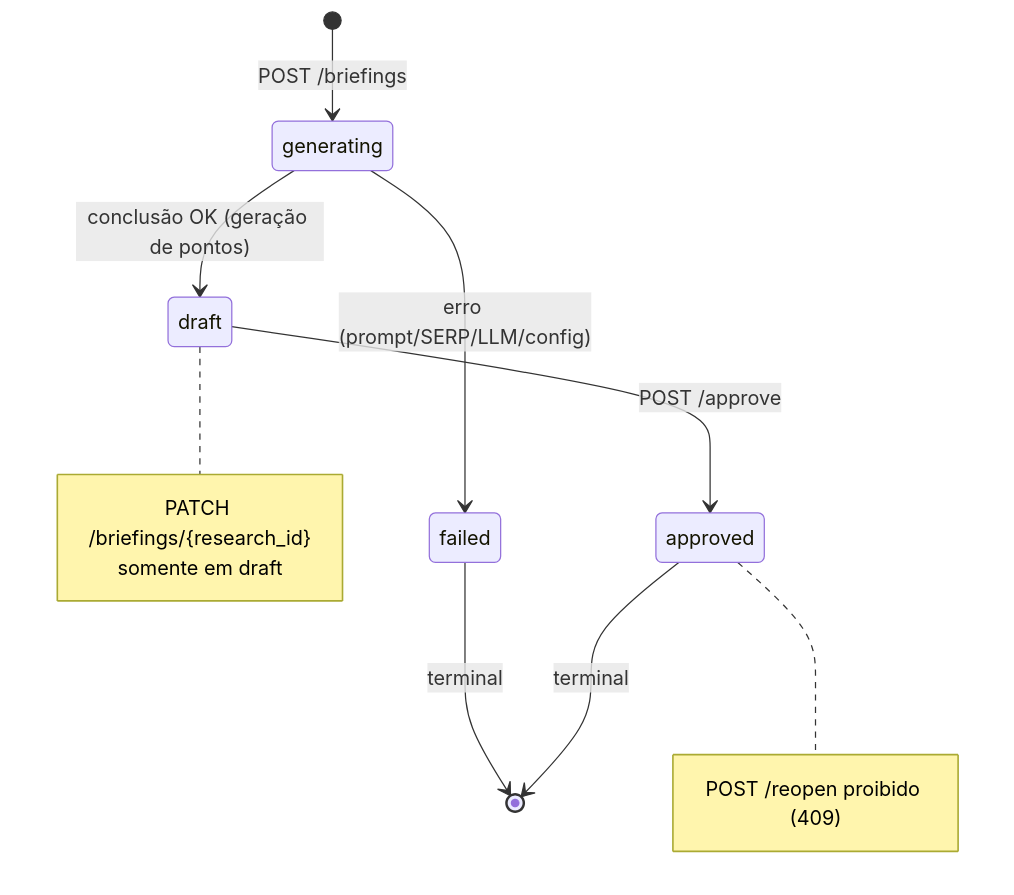
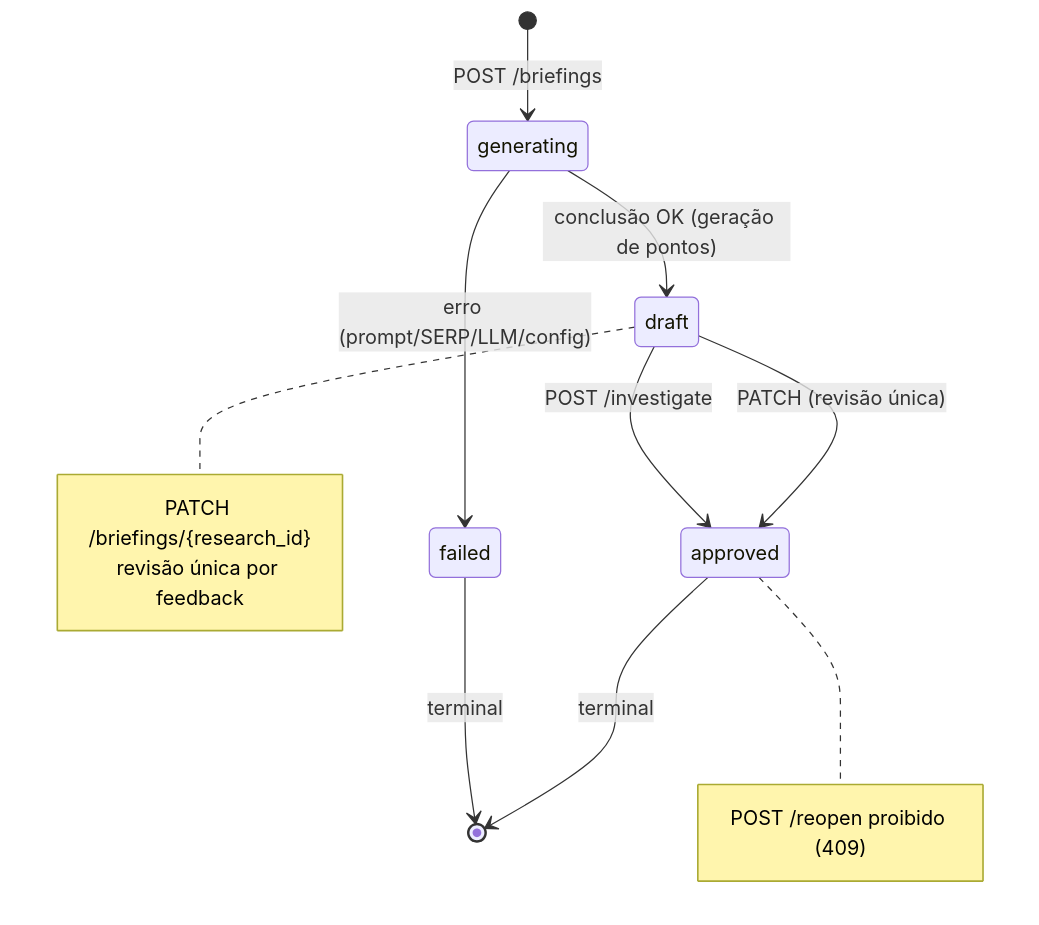
The diagram in docs/api/briefing-scout.md (eliejosuevargas01-stack/Deep-Research), drawn with Mermaid before and after one commit. The commit also changed other lines of this file and 101 other files, not shown here.

````diff
--- a/docs/api/briefing-scout.md
+++ b/docs/api/briefing-scout.md
@@ -130,18 +142,19 @@
 ```mermaid
 stateDiagram-v2
     [*] --> generating: POST /briefings
     generating --> draft: conclusão OK (geração de pontos)
     generating --> failed: erro (prompt/SERP/LLM/config)
-    draft --> approved: POST /approve
+    draft --> approved: POST /investigate
+    draft --> approved: PATCH (revisão única)
     failed --> [*]: terminal
     approved --> [*]: terminal
 
     note right of approved
       POST /reopen proibido (409)
     end note
 
     note right of draft
       PATCH /briefings/{research_id}
-      somente em draft
+      revisão única por feedback
     end note
 ```
````
